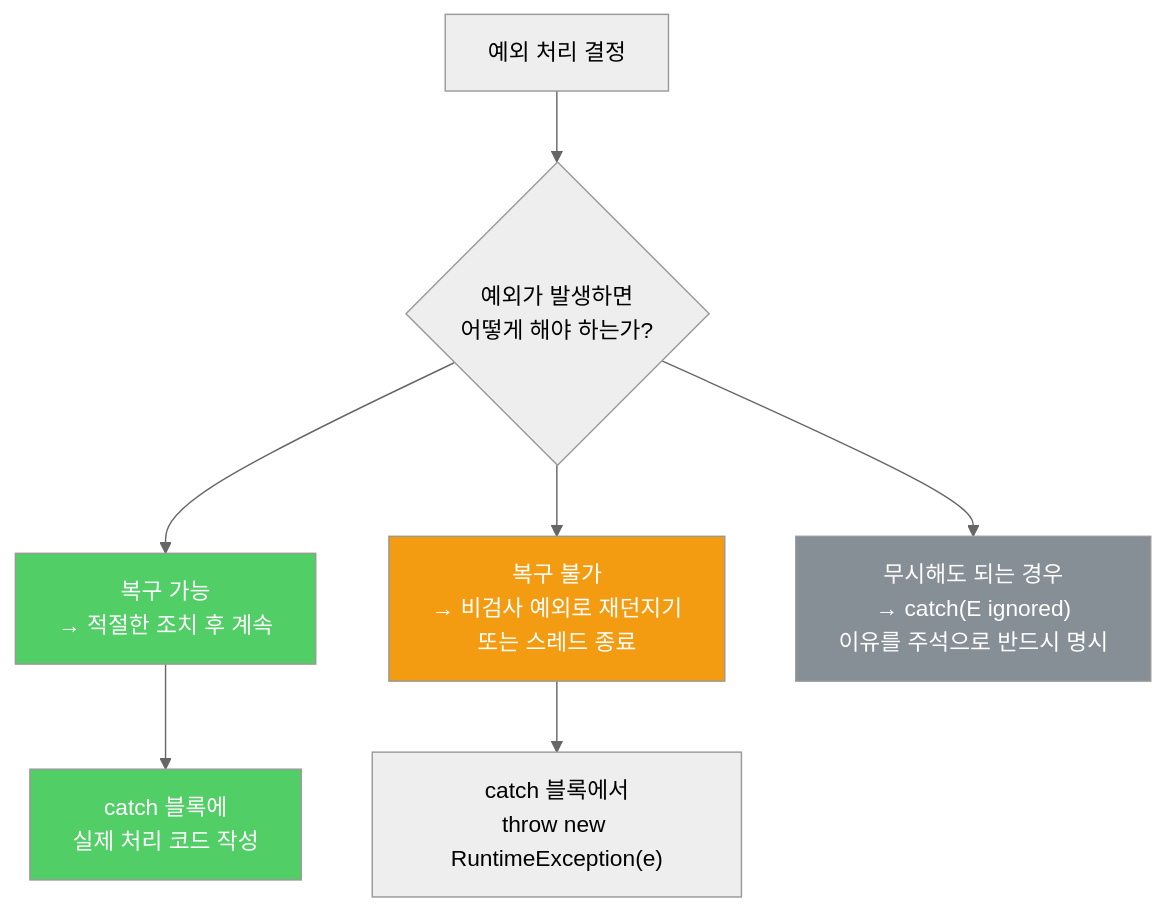
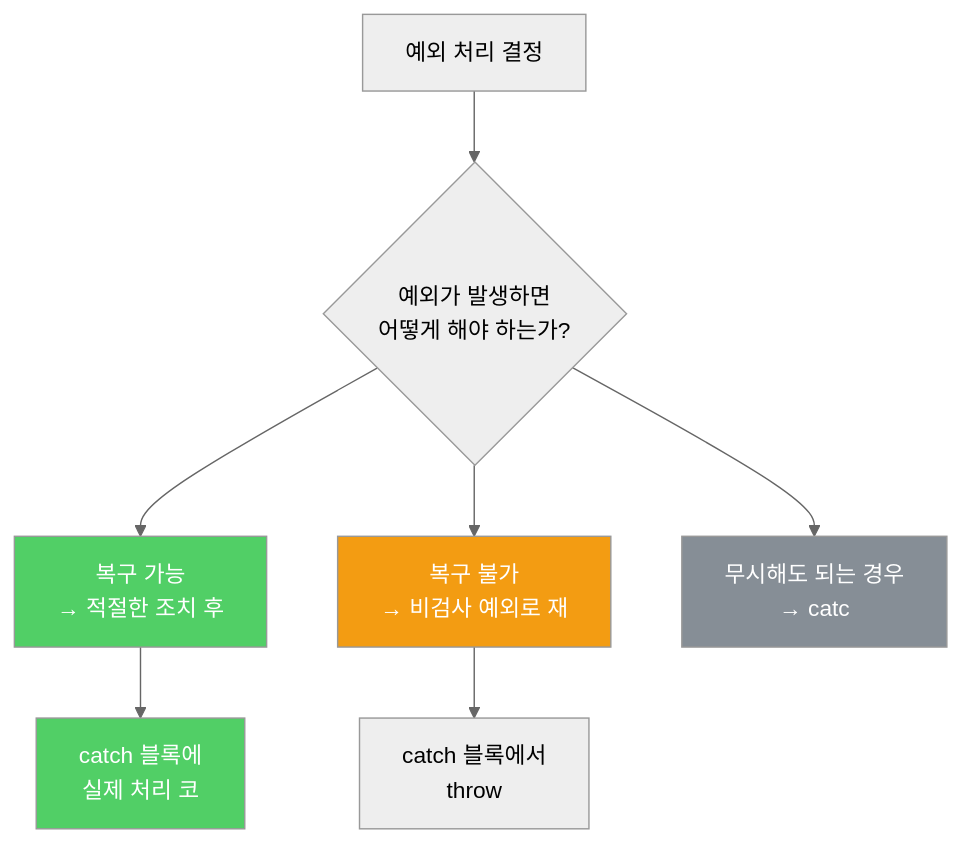
One commit to yjkim2015/yjkim2015.github.io changed the diagram in _posts/java/2022-02-21-effective-java77.md. Above: the diagram before and after it, drawn with Mermaid (neutral theme). The commit also changed 271 other files, not shown here.

First line of the commit message:
Mermaid 라벨 축소: 긴 노드 텍스트 18자 이하로 트림 + \n 제거

````diff
--- a/_posts/java/2022-02-21-effective-java77.md
+++ b/_posts/java/2022-02-21-effective-java77.md
@@ -69,13 +69,13 @@
 ```mermaid
 graph TD
     A["예외 처리 결정"] --> B{"예외가 발생하면\n어떻게 해야 하는가?"}
-    B --> C["복구 가능\n→ 적절한 조치 후 계속"]
-    B --> D["복구 불가\n→ 비검사 예외로 재던지기\n또는 스레드 종료"]
-    B --> E["무시해도 되는 경우\n→ catch(E ignored)\n이유를 주석으로 반드시 명시"]
-    C --> F["catch 블록에\n실제 처리 코드 작성"]
-    D --> G["catch 블록에서\nthrow new RuntimeException(e)"]
+    B --> C["복구 가능\n→ 적절한 조치 후"]
+    B --> D["복구 불가\n→ 비검사 예외로 재"]
+    B --> E["무시해도 되는 경우\n→ catc"]
+    C --> F["catch 블록에\n실제 처리 코"]
+    D --> G["catch 블록에서\nthrow"]
     style C fill:#51cf66,color:#fff
     style D fill:#f39c12,color:#fff
     style E fill:#868e96,color:#fff
     style F fill:#51cf66,color:#fff
 ```
````
